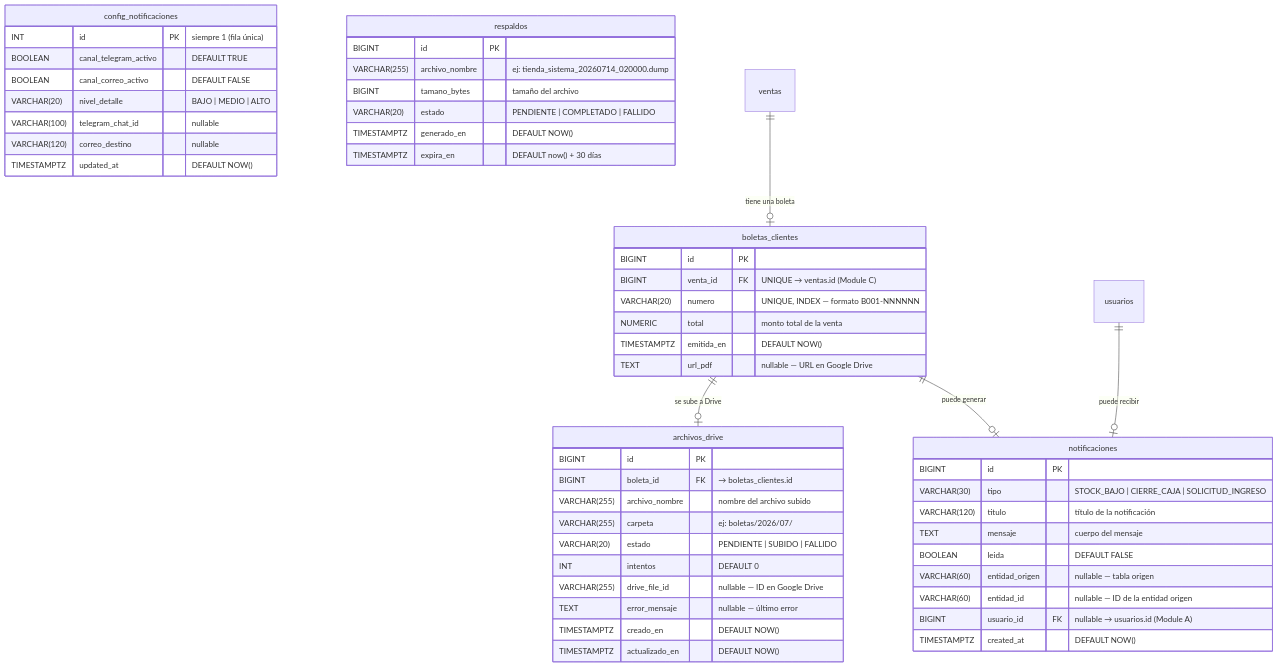
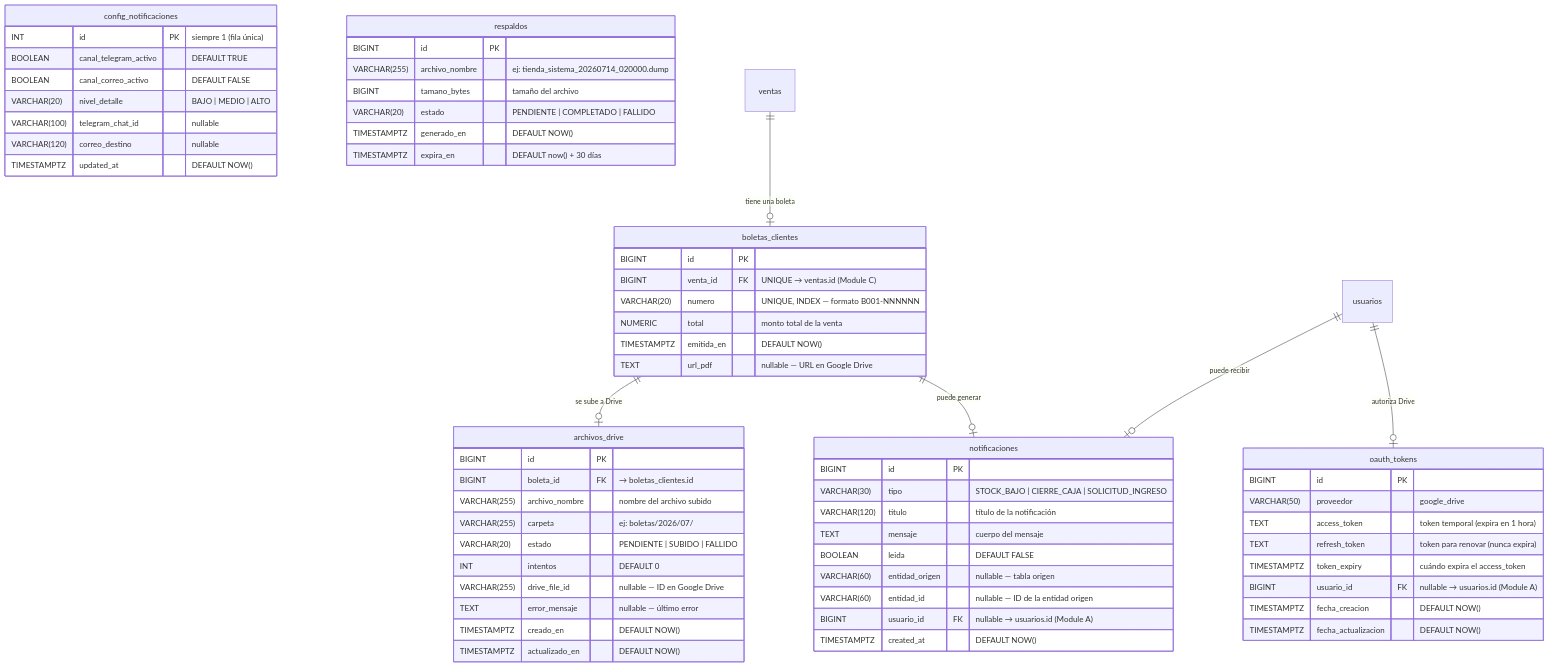
Before and after one commit to Kodiak-Technologies/Project-K.I.O.S.K.O: the diagram in docs/MODULO_D_ER.md, drawn with Mermaid. The commit also changed other lines of this file and 3 other files, not shown here.

````diff
--- a/docs/MODULO_D_ER.md
+++ b/docs/MODULO_D_ER.md
@@ -11,63 +11,75 @@
 ```mermaid
 erDiagram
     boletas_clientes {
         BIGINT id PK
         BIGINT venta_id FK "UNIQUE → ventas.id (Module C)"
         VARCHAR(20) numero "UNIQUE, INDEX — formato B001-NNNNNN"
         NUMERIC total "monto total de la venta"
         TIMESTAMPTZ emitida_en "DEFAULT NOW()"
         TEXT url_pdf "nullable — URL en Google Drive"
     }
 
     archivos_drive {
         BIGINT id PK
         BIGINT boleta_id FK "→ boletas_clientes.id"
         VARCHAR(255) archivo_nombre "nombre del archivo subido"
         VARCHAR(255) carpeta "ej: boletas/2026/07/"
         VARCHAR(20) estado "PENDIENTE | SUBIDO | FALLIDO"
         INT intentos "DEFAULT 0"
         VARCHAR(255) drive_file_id "nullable — ID en Google Drive"
         TEXT error_mensaje "nullable — último error"
         TIMESTAMPTZ creado_en "DEFAULT NOW()"
         TIMESTAMPTZ actualizado_en "DEFAULT NOW()"
     }
 
     notificaciones {
         BIGINT id PK
         VARCHAR(30) tipo "STOCK_BAJO | CIERRE_CAJA | SOLICITUD_INGRESO"
         VARCHAR(120) titulo "título de la notificación"
         TEXT mensaje "cuerpo del mensaje"
         BOOLEAN leida "DEFAULT FALSE"
         VARCHAR(60) entidad_origen "nullable — tabla origen"
         VARCHAR(60) entidad_id "nullable — ID de la entidad origen"
         BIGINT usuario_id FK "nullable → usuarios.id (Module A)"
         TIMESTAMPTZ created_at "DEFAULT NOW()"
     }
 
     config_notificaciones {
         INT id PK "siempre 1 (fila única)"
         BOOLEAN canal_telegram_activo "DEFAULT TRUE"
         BOOLEAN canal_correo_activo "DEFAULT FALSE"
         VARCHAR(20) nivel_detalle "BAJO | MEDIO | ALTO"
         VARCHAR(100) telegram_chat_id "nullable"
         VARCHAR(120) correo_destino "nullable"
         TIMESTAMPTZ updated_at "DEFAULT NOW()"
     }
 
     respaldos {
         BIGINT id PK
         VARCHAR(255) archivo_nombre "ej: tienda_sistema_20260714_020000.dump"
         BIGINT tamano_bytes "tamaño del archivo"
         VARCHAR(20) estado "PENDIENTE | COMPLETADO | FALLIDO"
         TIMESTAMPTZ generado_en "DEFAULT NOW()"
         TIMESTAMPTZ expira_en "DEFAULT now() + 30 días"
     }
 
+    oauth_tokens {
+        BIGINT id PK
+        VARCHAR(50) proveedor "google_drive"
+        TEXT access_token "token temporal (expira en 1 hora)"
+        TEXT refresh_token "token para renovar (nunca expira)"
+        TIMESTAMPTZ token_expiry "cuándo expira el access_token"
+        BIGINT usuario_id FK "nullable → usuarios.id (Module A)"
+        TIMESTAMPTZ fecha_creacion "DEFAULT NOW()"
+        TIMESTAMPTZ fecha_actualizacion "DEFAULT NOW()"
+    }
+
     %% Relaciones externas (fuera de Module D)
     ventas ||--o| boletas_clientes : "tiene una boleta"
     usuarios ||--o| notificaciones : "puede recibir"
+    usuarios ||--o| oauth_tokens : "autoriza Drive"
 
     %% Relaciones internas de Module D
     boletas_clientes ||--o| archivos_drive : "se sube a Drive"
     boletas_clientes ||--o| notificaciones : "puede generar"
 ```
````
